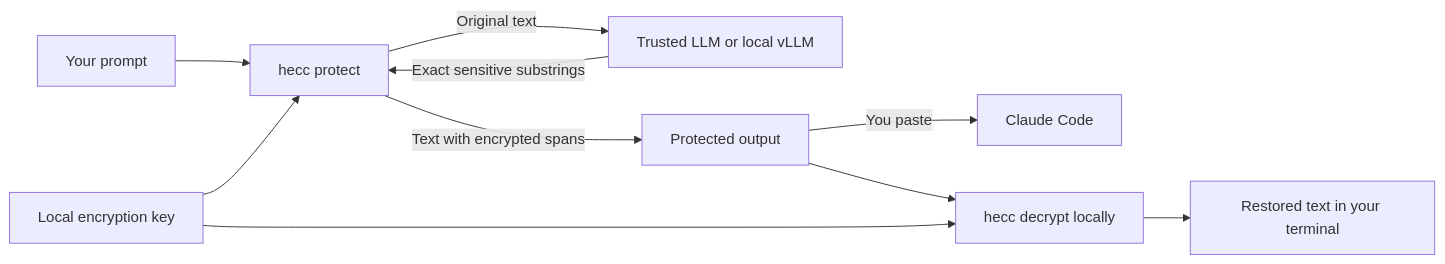
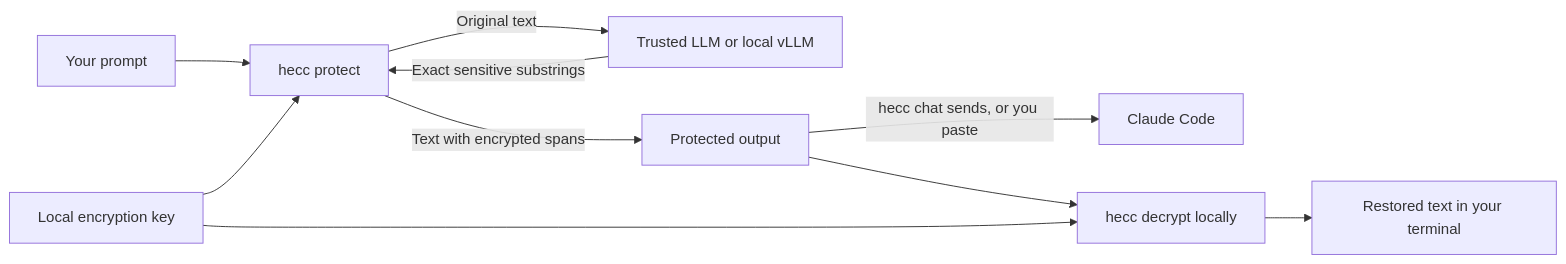
One commit to madeye/sealgate changed the diagram in README.md. Above: the diagram before and after it, drawn with Mermaid. The commit also changed other lines of this file and 13 other files, not shown here.

Commit message:
Add protected terminal chat wrapper for Claude Code

````diff
--- a/README.md
+++ b/README.md
@@ -11,12 +12,12 @@
 ```mermaid
 flowchart LR
     U[Your prompt] --> C[hecc protect]
     C -->|Original text| P[Trusted LLM or local vLLM]
     P -->|Exact sensitive substrings| C
     K[Local encryption key] --> C
     C -->|Text with encrypted spans| O[Protected output]
-    O -->|You paste| A[Claude Code]
+    O -->|hecc chat sends, or you paste| A[Claude Code]
     O --> D[hecc decrypt locally]
     K --> D
     D --> R[Restored text in your terminal]
 ```
````
